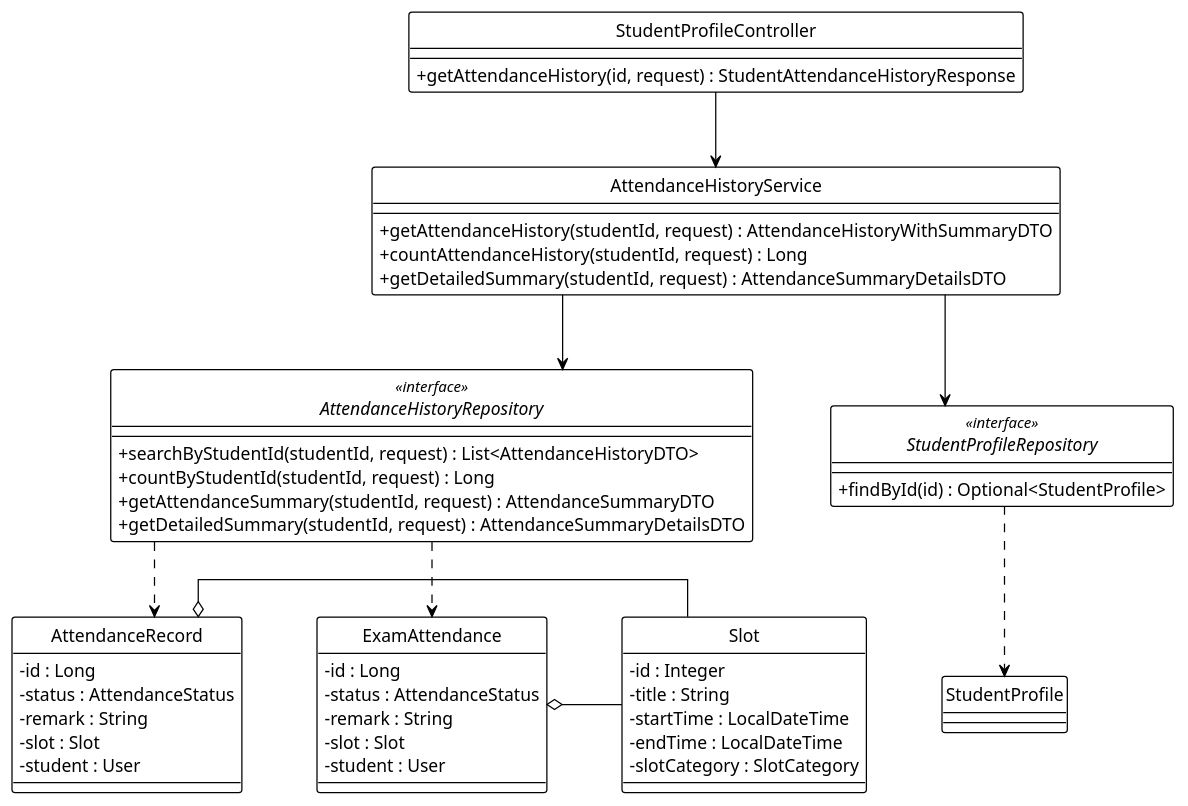
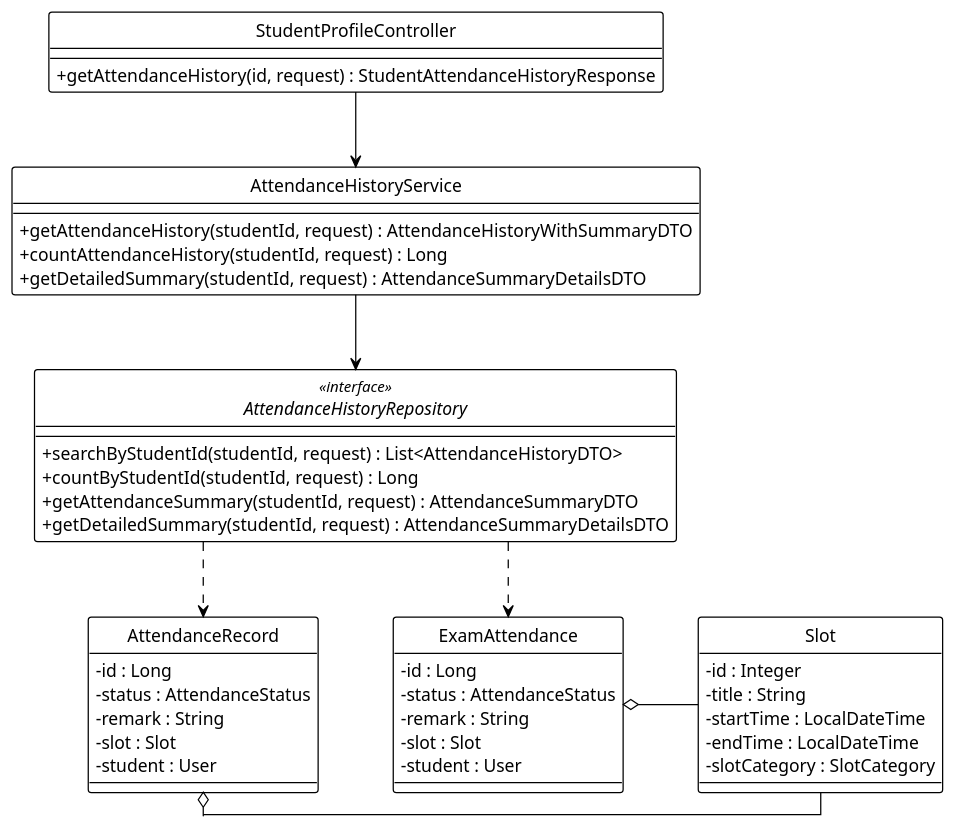
Before and after one commit to Ndh474/context: the diagram in system_detailed_design/75_view_attendance_history/class_diagram_view_attendance_history.puml, drawn with PlantUML. The commit also changed 12 other files, not shown here.

```diff
--- a/system_detailed_design/75_view_attendance_history/class_diagram_view_attendance_history.puml
+++ b/system_detailed_design/75_view_attendance_history/class_diagram_view_attendance_history.puml
@@ -1,74 +1,68 @@
 @startuml view_attendance_history
 !theme plain
 hide circle
 skinparam classAttributeIconSize 0
 
 ' --- CẤU HÌNH "ORTHO" (BẮT BUỘC) ---
 skinparam linetype ortho
 skinparam nodesep 60
 skinparam ranksep 60
 
 ' --- CONTROLLER ---
 class StudentProfileController {
   + getAttendanceHistory(id, request) : StudentAttendanceHistoryResponse
 }
 
 ' --- SERVICE ---
 class AttendanceHistoryService {
   + getAttendanceHistory(studentId, request) : AttendanceHistoryWithSummaryDTO
   + countAttendanceHistory(studentId, request) : Long
   + getDetailedSummary(studentId, request) : AttendanceSummaryDetailsDTO
 }
 
 ' --- REPOSITORY ---
 interface AttendanceHistoryRepository <<interface>> {
   + searchByStudentId(studentId, request) : List<AttendanceHistoryDTO>
   + countByStudentId(studentId, request) : Long
   + getAttendanceSummary(studentId, request) : AttendanceSummaryDTO
   + getDetailedSummary(studentId, request) : AttendanceSummaryDetailsDTO
 }
 
-interface StudentProfileRepository <<interface>> {
-  + findById(id) : Optional<StudentProfile>
-}
-
 ' --- ENTITIES ---
 class AttendanceRecord {
   - id : Long
   - status : AttendanceStatus
   - remark : String
   - slot : Slot
   - student : User
 }
 
 class ExamAttendance {
   - id : Long
   - status : AttendanceStatus
   - remark : String
   - slot : Slot
   - student : User
 }
 
 class Slot {
   - id : Integer
   - title : String
   - startTime : LocalDateTime
   - endTime : LocalDateTime
   - slotCategory : SlotCategory
 }
 
 ' --- DEPENDENCY INJECTION (Association) ---
 StudentProfileController -down-> AttendanceHistoryService
 AttendanceHistoryService -down-> AttendanceHistoryRepository
-AttendanceHistoryService -down-> StudentProfileRepository
 
 ' --- REPOSITORY USAGE (Dependency) ---
 AttendanceHistoryRepository .down.> AttendanceRecord
 AttendanceHistoryRepository .down.> ExamAttendance
-StudentProfileRepository .down.> StudentProfile
 
 ' --- ENTITY RELATIONSHIPS (Aggregation) ---
 AttendanceRecord o-right- Slot
 ExamAttendance o-right- Slot
 
 @enduml
```
